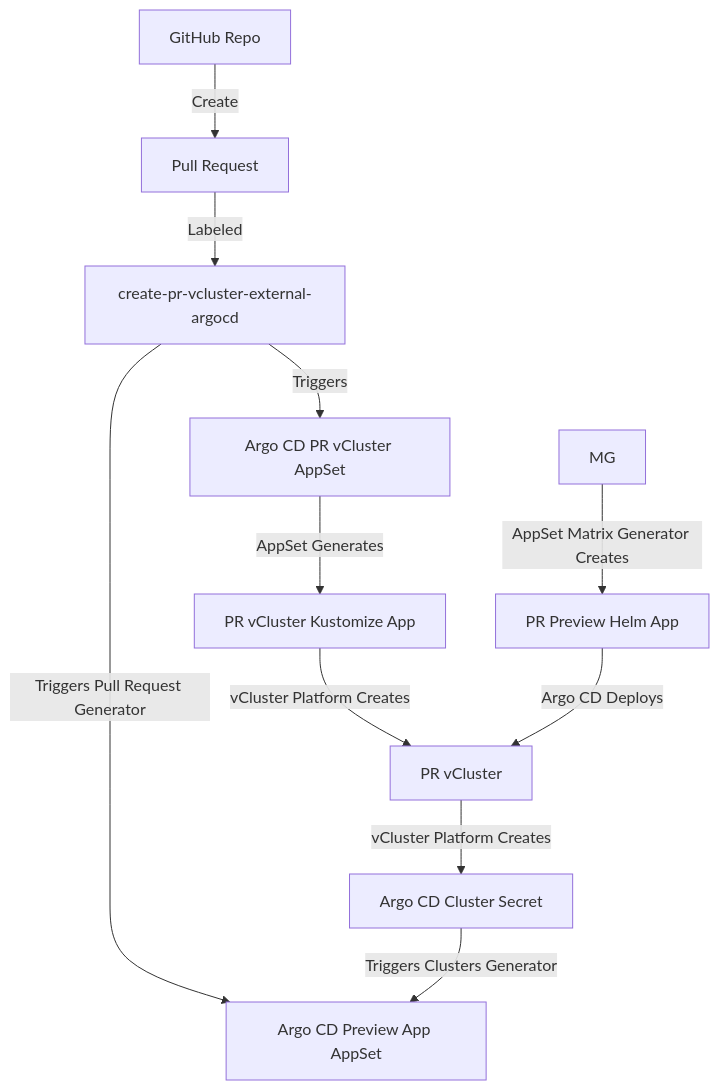
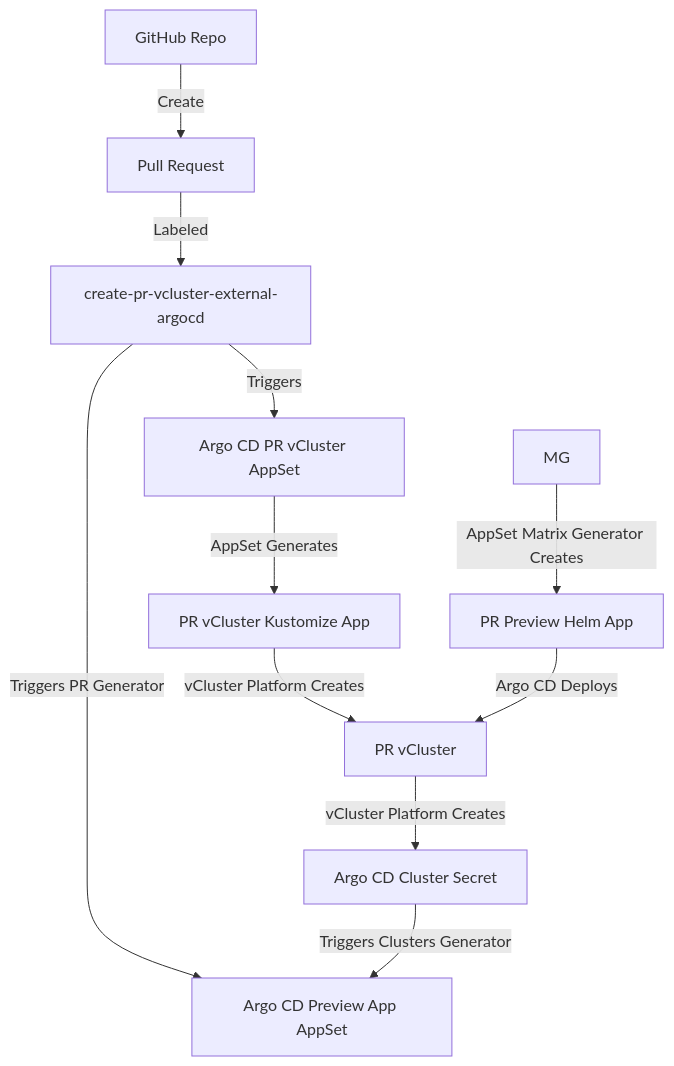
One commit to loft-demos/vcluster-platform-demo-app-template changed the diagram in vcluster-gitops/argocd/pr-environments/pr-vCluster-external-argo-flow.md. Above: the diagram before and after it, drawn with Mermaid.

````diff
--- a/vcluster-gitops/argocd/pr-environments/pr-vCluster-external-argo-flow.md
+++ b/vcluster-gitops/argocd/pr-environments/pr-vCluster-external-argo-flow.md
@@ -3,16 +3,16 @@
 ```mermaid
 ---
 config:
   look: classic
 ---
 flowchart TD
     A["GitHub Repo"] -->| Create | B["Pull Request"] -->| Labeled | LPR[create-pr-vcluster-external-argocd] 
     LPR -->| Triggers | C["Argo CD PR vCluster AppSet"]
     C -->| AppSet Generates | VA["PR vCluster Kustomize App"]
     VA --> | vCluster Platform Creates |V["PR vCluster"]
     V --> | vCluster Platform Creates |CS["Argo CD Cluster Secret"]
-    LPR --> | Triggers Pull Request Generator |AS["Argo CD Preview App AppSet"]
+    LPR --> | Triggers PR Generator |AS["Argo CD Preview App AppSet"]
     CS --> | Triggers Clusters Generator |AS["Argo CD Preview App AppSet"]
     MG -->| AppSet Matrix Generator Creates | APP["PR Preview Helm App"]
     APP --> | Argo CD Deploys | V
 ```
````
